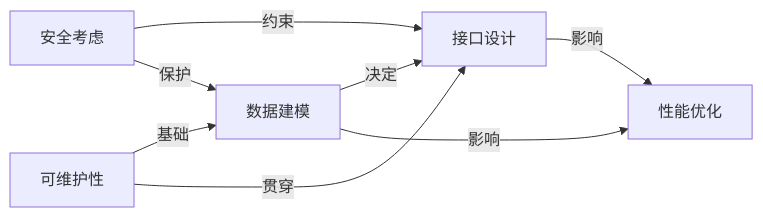
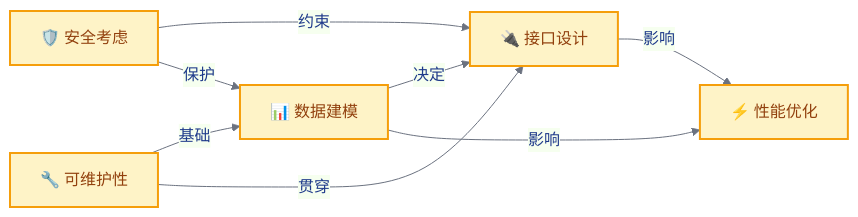
Before and after one commit to hata33/ruoyi-fastapi-full-stack: the third of 5 diagrams in ruoyi-fastapi-backend/docs/learning/06-后端知识地图/03-思维培养体系.md, drawn with Mermaid. The commit also changed other lines of this file and 9 other files, not shown here.

````diff
--- a/ruoyi-fastapi-backend/docs/learning/06-后端知识地图/03-思维培养体系.md
+++ b/ruoyi-fastapi-backend/docs/learning/06-后端知识地图/03-思维培养体系.md
@@ -158,10 +180,20 @@
 ```mermaid
+%%{init: {'theme': 'base', 'themeVariables': {
+  'primaryColor': '#EFF6FF',
+  'primaryTextColor': '#1e3a8a',
+  'primaryBorderColor': '#3B82F6',
+  'lineColor': '#6B7280'
+}}}%%
 graph LR
-    M1[数据建模] -->|决定| M2[接口设计]
-    M2 -->|影响| M3[性能优化]
-    M4[安全考虑] -->|约束| M2
-    M5[可维护性] -->|基础| M1
+    M1["📊 数据建模"] -->|决定| M2["🔌 接口设计"]
+    M2 -->|影响| M3["⚡ 性能优化"]
+    M4["🛡️ 安全考虑"] -->|约束| M2
+    M5["🔧 可维护性"] -->|基础| M1
     M1 -->|影响| M3
     M5 -->|贯穿| M2
     M4 -->|保护| M1
+
+    classDef nodeStyle fill:#FEF3C7,stroke:#F59E0B,stroke-width:2px,color:#92400e
+
+    class M1,M2,M3,M4,M5 nodeStyle
 ```
````
